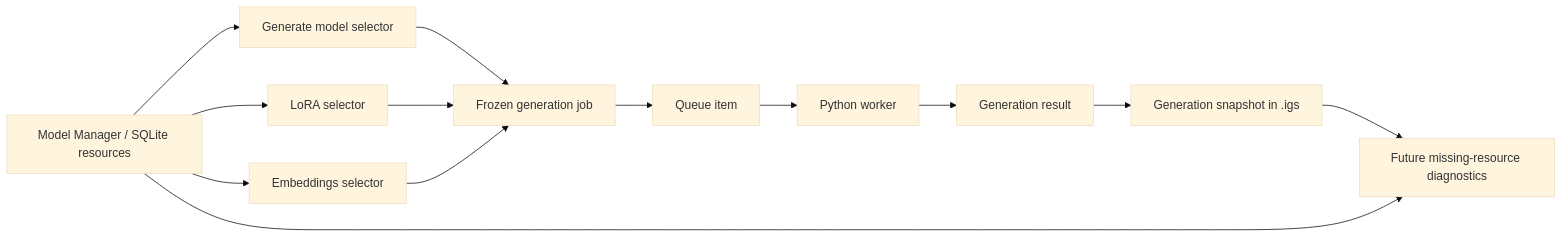
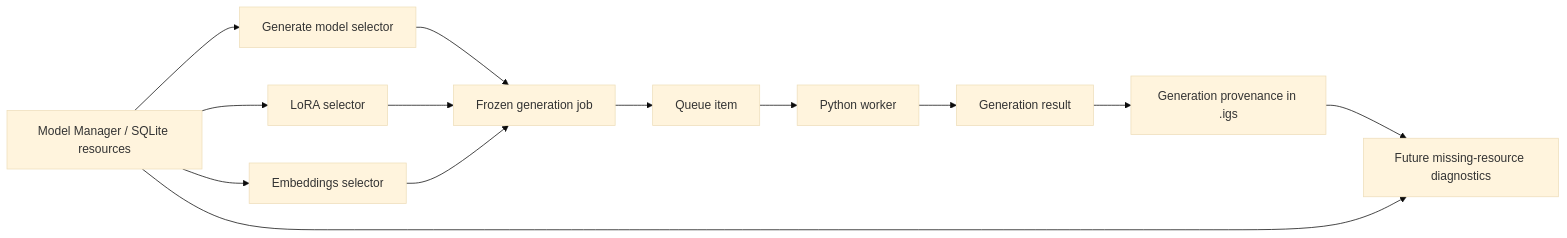
The seventh of 7 diagrams in docs/features/model-manager.md (BMFreed/imagegen-studio), drawn with Mermaid (base theme) before and after one commit. The commit also changed other lines of this file and 56 other files, not shown here.

First line of the commit message:
Document Project staging and provenance flows

````diff
--- a/docs/features/model-manager.md
+++ b/docs/features/model-manager.md
@@ -618,15 +618,15 @@
 ```mermaid
 flowchart LR
   MM["Model Manager / SQLite resources"] --> MS["Generate model selector"]
   MM --> LS["LoRA selector"]
   MM --> ES["Embeddings selector"]
   MS --> GJ["Frozen generation job"]
   LS --> GJ
   ES --> GJ
   GJ --> QS["Queue item"]
   QS --> W["Python worker"]
   W --> R["Generation result"]
-  R --> GS["Generation snapshot in .igs"]
+  R --> GS["Generation provenance in .igs"]
   GS --> MR["Future missing-resource diagnostics"]
   MM --> MR
 ```
````
